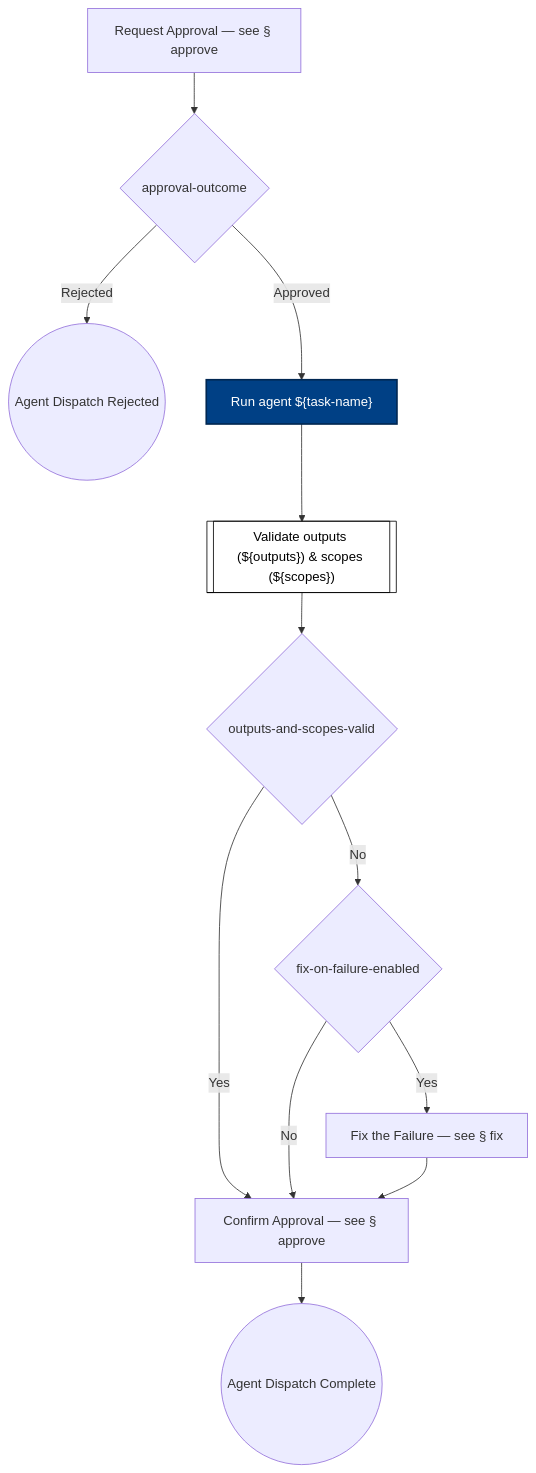
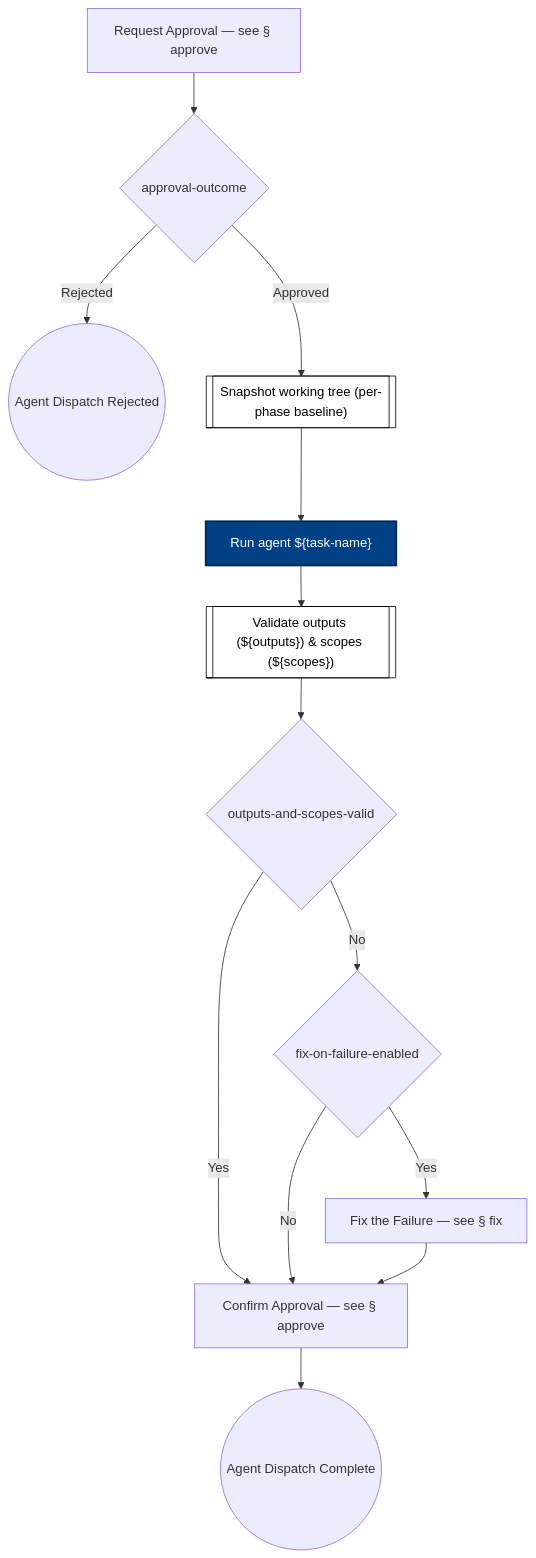
Before and after one commit to optivem/gh-optivem: diagram 48 of 50 in docs/process-diagram.md, drawn with Mermaid. The commit also changed 1 other file, not shown here.

Commit message:
atdd: regenerate process-flow diagram

````diff
--- a/docs/process-diagram.md
+++ b/docs/process-diagram.md
@@ -772,31 +772,33 @@
 ```mermaid
 flowchart TD
     APPROVE_POST[Confirm Approval — see § approve]
     APPROVE_PRE[Request Approval — see § approve]
     EXECUTE_AGENT_END((Agent Dispatch Complete))
     EXECUTE_AGENT_REJECTED_END((Agent Dispatch Rejected))
     FIX[Fix the Failure — see § fix]
     GATE_APPROVED_PRE{approval-outcome}
     GATE_FIX_ON_FAILURE{fix-on-failure-enabled}
     GATE_OUTPUTS_AND_SCOPES_VALID{outputs-and-scopes-valid}
     RUN_AGENT["Run agent ${task-name}"]
+    SNAPSHOT_WORKING_TREE[["Snapshot working tree (per-phase baseline)"]]
     VALIDATE_OUTPUTS_AND_SCOPES[["Validate outputs (${outputs}) & scopes (${scopes})"]]
 
     APPROVE_PRE --> GATE_APPROVED_PRE
-    GATE_APPROVED_PRE -- Approved --> RUN_AGENT
+    GATE_APPROVED_PRE -- Approved --> SNAPSHOT_WORKING_TREE
     GATE_APPROVED_PRE -- Rejected --> EXECUTE_AGENT_REJECTED_END
+    SNAPSHOT_WORKING_TREE --> RUN_AGENT
     RUN_AGENT --> VALIDATE_OUTPUTS_AND_SCOPES
     VALIDATE_OUTPUTS_AND_SCOPES --> GATE_OUTPUTS_AND_SCOPES_VALID
     GATE_OUTPUTS_AND_SCOPES_VALID -- Yes --> APPROVE_POST
     GATE_OUTPUTS_AND_SCOPES_VALID -- No --> GATE_FIX_ON_FAILURE
     GATE_FIX_ON_FAILURE -- Yes --> FIX
     GATE_FIX_ON_FAILURE -- No --> APPROVE_POST
     FIX --> APPROVE_POST
     APPROVE_POST --> EXECUTE_AGENT_END
 
     classDef serviceNode fill:#ffffff,stroke:#000000,stroke-width:1px,color:#000000
-    class VALIDATE_OUTPUTS_AND_SCOPES serviceNode
+    class SNAPSHOT_WORKING_TREE,VALIDATE_OUTPUTS_AND_SCOPES serviceNode
 
     classDef agentNode fill:#004085,stroke:#002752,stroke-width:2px,color:#ffffff
     class RUN_AGENT agentNode
 ```
````
